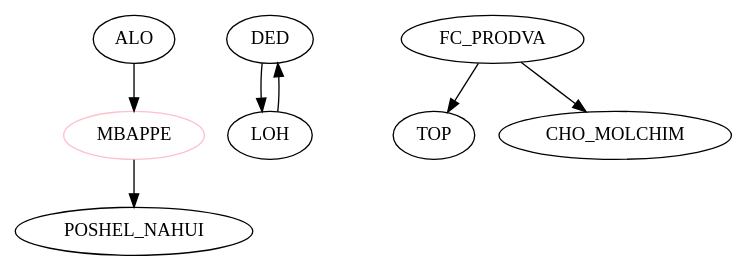
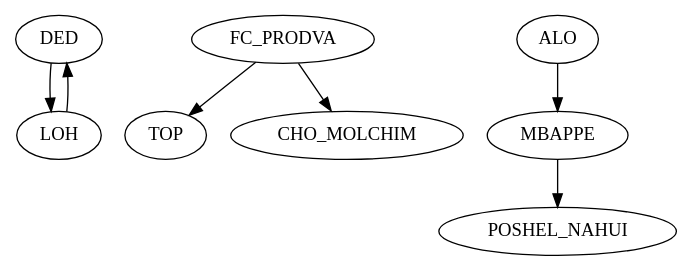
One commit to TolikRogov/List changed the diagram in dump/graph.dot. Above: the diagram before and after it, drawn with Graphviz. The commit also changed 10 other files, not shown here.

```diff
--- a/dump/graph.dot
+++ b/dump/graph.dot
@@ -1,8 +1,6 @@
  digraph {
-    MBAPPE[color="pink"];
-
   DED->LOH->DED;
   FC_PRODVA->TOP;
   FC_PRODVA->CHO_MOLCHIM;
   ALO->MBAPPE->POSHEL_NAHUI;
  }
```
